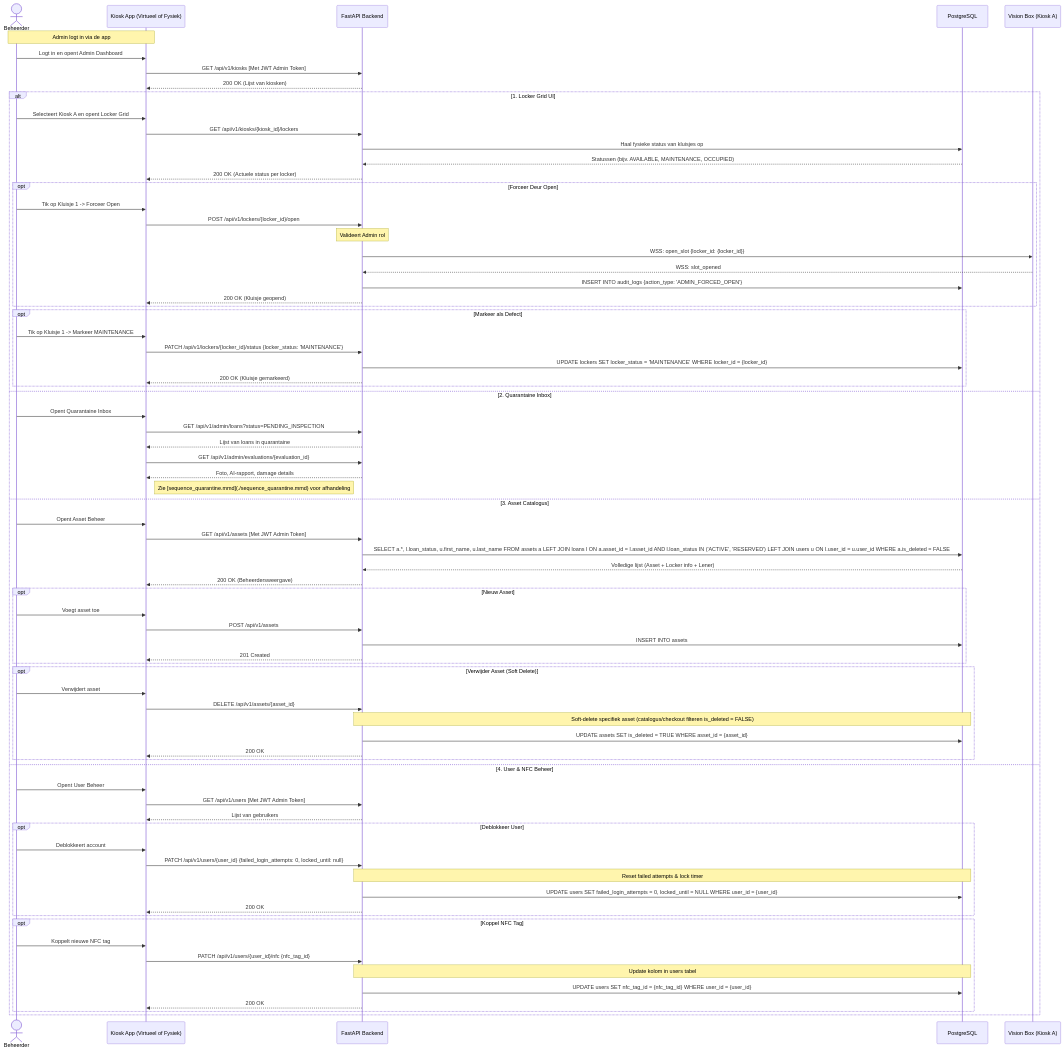
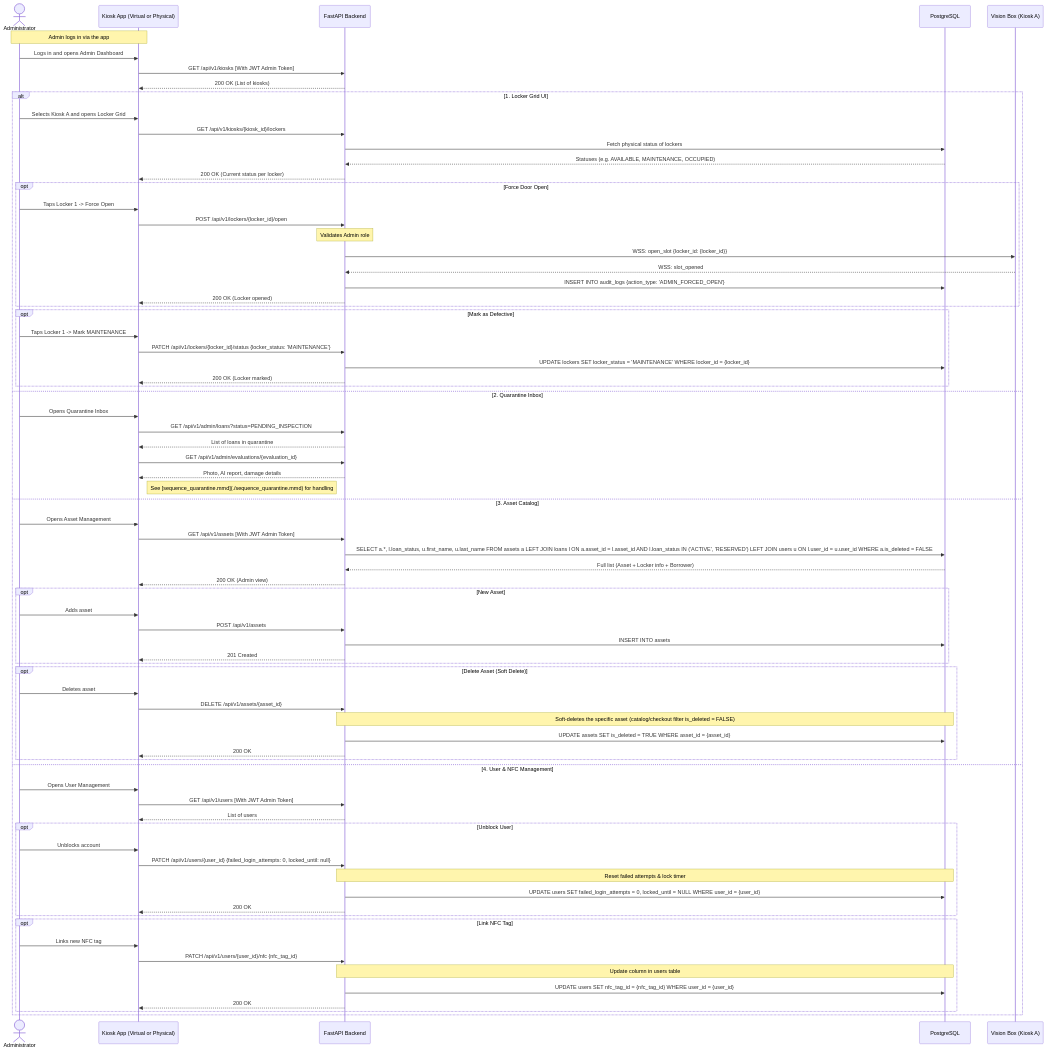
The diagram in docs/diagrams/sequence_admin_app.mmd (easylend-practice-enterprise/easylend), drawn with Mermaid before and after one commit. The commit also changed 39 other files, not shown here.

```diff
--- a/docs/diagrams/sequence_admin_app.mmd
+++ b/docs/diagrams/sequence_admin_app.mmd
@@ -1,87 +1,87 @@
 sequenceDiagram
-    actor Admin as Beheerder
-    participant App as Kiosk App (Virtueel of Fysiek)
+    actor Admin as Administrator
+    participant App as Kiosk App (Virtual or Physical)
     participant API as FastAPI Backend
     participant DB as PostgreSQL
     participant VB as Vision Box (Kiosk A)
 
-    Note over Admin,App: Admin logt in via de app
-    Admin->>App: Logt in en opent Admin Dashboard
-    App->>API: GET /api/v1/kiosks [Met JWT Admin Token]
-    API-->>App: 200 OK (Lijst van kiosken)
+    Note over Admin,App: Admin logs in via the app
+    Admin->>App: Logs in and opens Admin Dashboard
+    App->>API: GET /api/v1/kiosks [With JWT Admin Token]
+    API-->>App: 200 OK (List of kiosks)
 
     alt 1. Locker Grid UI
-        Admin->>App: Selecteert Kiosk A en opent Locker Grid
+        Admin->>App: Selects Kiosk A and opens Locker Grid
         App->>API: GET /api/v1/kiosks/{kiosk_id}/lockers
-        API->>DB: Haal fysieke status van kluisjes op
-        DB-->>API: Statussen (bijv. AVAILABLE, MAINTENANCE, OCCUPIED)
-        API-->>App: 200 OK (Actuele status per locker)
+        API->>DB: Fetch physical status of lockers
+        DB-->>API: Statuses (e.g. AVAILABLE, MAINTENANCE, OCCUPIED)
+        API-->>App: 200 OK (Current status per locker)
 
-        opt Forceer Deur Open
-            Admin->>App: Tik op Kluisje 1 -> Forceer Open
+        opt Force Door Open
+            Admin->>App: Taps Locker 1 -> Force Open
             App->>API: POST /api/v1/lockers/{locker_id}/open
-            Note over API: Valideert Admin rol
+            Note over API: Validates Admin role
             API->>VB: WSS: open_slot {locker_id: {locker_id}}
             VB-->>API: WSS: slot_opened
             API->>DB: INSERT INTO audit_logs {action_type: 'ADMIN_FORCED_OPEN'}
-            API-->>App: 200 OK (Kluisje geopend)
+            API-->>App: 200 OK (Locker opened)
         end
 
-        opt Markeer als Defect
-            Admin->>App: Tik op Kluisje 1 -> Markeer MAINTENANCE
+        opt Mark as Defective
+            Admin->>App: Taps Locker 1 -> Mark MAINTENANCE
             App->>API: PATCH /api/v1/lockers/{locker_id}/status {locker_status: 'MAINTENANCE'}
             API->>DB: UPDATE lockers SET locker_status = 'MAINTENANCE' WHERE locker_id = {locker_id}
-            API-->>App: 200 OK (Kluisje gemarkeerd)
+            API-->>App: 200 OK (Locker marked)
         end
 
-    else 2. Quarantaine Inbox
-        Admin->>App: Opent Quarantaine Inbox
+    else 2. Quarantine Inbox
+        Admin->>App: Opens Quarantine Inbox
         App->>API: GET /api/v1/admin/loans?status=PENDING_INSPECTION
-        API-->>App: Lijst van loans in quarantaine
+        API-->>App: List of loans in quarantine
         App->>API: GET /api/v1/admin/evaluations/{evaluation_id}
-        API-->>App: Foto, AI-rapport, damage details
-        Note right of App: Zie [sequence_quarantine.mmd](./sequence_quarantine.mmd) voor afhandeling
+        API-->>App: Photo, AI report, damage details
+        Note right of App: See [sequence_quarantine.mmd](./sequence_quarantine.mmd) for handling
 
-    else 3. Asset Catalogus
-        Admin->>App: Opent Asset Beheer
-        App->>API: GET /api/v1/assets [Met JWT Admin Token]
+    else 3. Asset Catalog
+        Admin->>App: Opens Asset Management
+        App->>API: GET /api/v1/assets [With JWT Admin Token]
         API->>DB: SELECT a.*, l.loan_status, u.first_name, u.last_name FROM assets a LEFT JOIN loans l ON a.asset_id = l.asset_id AND l.loan_status IN ('ACTIVE', 'RESERVED') LEFT JOIN users u ON l.user_id = u.user_id WHERE a.is_deleted = FALSE
-        DB-->>API: Volledige lijst (Asset + Locker info + Lener)
-        API-->>App: 200 OK (Beheerdersweergave)
+        DB-->>API: Full list (Asset + Locker info + Borrower)
+        API-->>App: 200 OK (Admin view)
         
-        opt Nieuw Asset
-            Admin->>App: Voegt asset toe
+        opt New Asset
+            Admin->>App: Adds asset
             App->>API: POST /api/v1/assets
             API->>DB: INSERT INTO assets
             API-->>App: 201 Created
         end
         
-        opt Verwijder Asset (Soft Delete)
-            Admin->>App: Verwijdert asset
+        opt Delete Asset (Soft Delete)
+            Admin->>App: Deletes asset
             App->>API: DELETE /api/v1/assets/{asset_id}
-            Note over API,DB: Soft-delete specifiek asset (catalogus/checkout filteren is_deleted = FALSE)
+            Note over API,DB: Soft-deletes the specific asset (catalog/checkout filter is_deleted = FALSE)
             API->>DB: UPDATE assets SET is_deleted = TRUE WHERE asset_id = {asset_id}
             API-->>App: 200 OK
         end
 
-    else 4. User & NFC Beheer
-        Admin->>App: Opent User Beheer
-        App->>API: GET /api/v1/users [Met JWT Admin Token]
-        API-->>App: Lijst van gebruikers
+    else 4. User & NFC Management
+        Admin->>App: Opens User Management
+        App->>API: GET /api/v1/users [With JWT Admin Token]
+        API-->>App: List of users
         
-        opt Deblokkeer User
-            Admin->>App: Deblokkeert account
+        opt Unblock User
+            Admin->>App: Unblocks account
             App->>API: PATCH /api/v1/users/{user_id} {failed_login_attempts: 0, locked_until: null}
             Note over API,DB: Reset failed attempts & lock timer
             API->>DB: UPDATE users SET failed_login_attempts = 0, locked_until = NULL WHERE user_id = {user_id}
             API-->>App: 200 OK
         end
         
-        opt Koppel NFC Tag
-            Admin->>App: Koppelt nieuwe NFC tag
+        opt Link NFC Tag
+            Admin->>App: Links new NFC tag
             App->>API: PATCH /api/v1/users/{user_id}/nfc {nfc_tag_id}
-            Note over API,DB: Update kolom in users tabel
+            Note over API,DB: Update column in users table
             API->>DB: UPDATE users SET nfc_tag_id = {nfc_tag_id} WHERE user_id = {user_id}
             API-->>App: 200 OK
         end
     end
```
